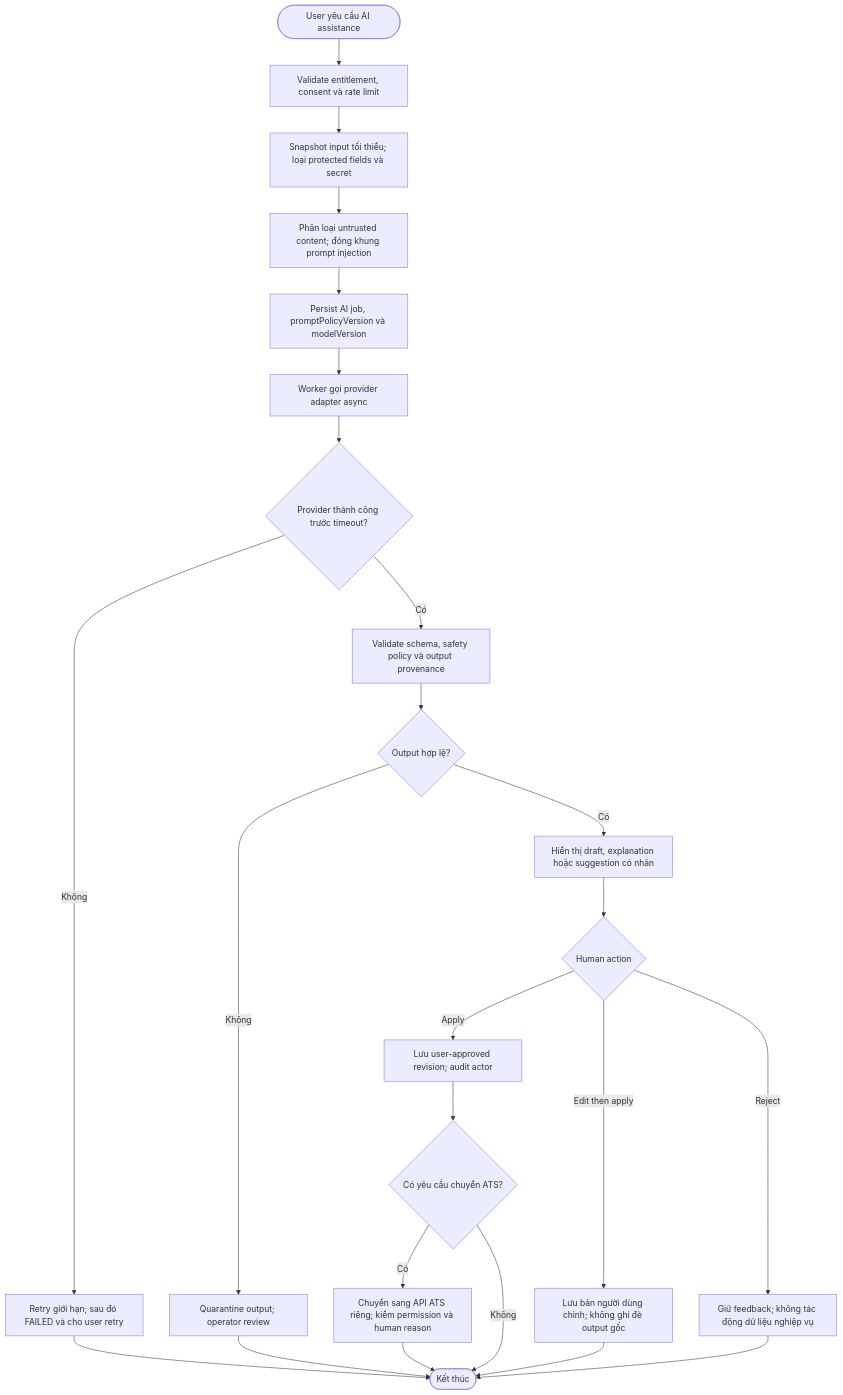
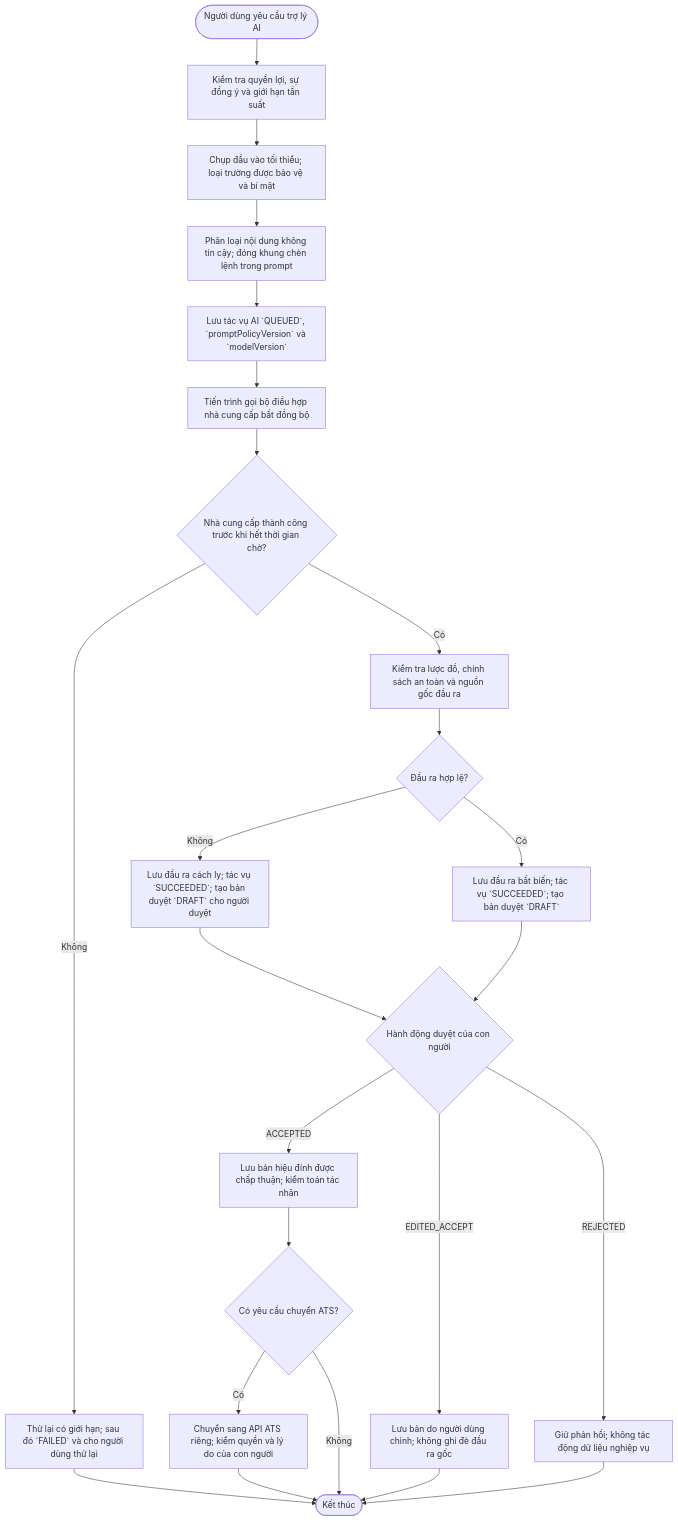
Diagram 19 of 47 in docs/BD/02_BIEU_DO_HE_THONG.md (daovanhung-dev/Study2Work), drawn with Mermaid before and after one commit. The commit also changed other lines of this file and 2295 other files, not shown here.

````diff
--- a/docs/BD/02_BIEU_DO_HE_THONG.md
+++ b/docs/BD/02_BIEU_DO_HE_THONG.md
@@ -775,26 +776,26 @@
 ```mermaid
 flowchart TD
-    A([User yêu cầu AI assistance]) --> B[Validate entitlement, consent và rate limit]
-    B --> C[Snapshot input tối thiểu; loại protected fields và secret]
-    C --> D[Phân loại untrusted content; đóng khung prompt injection]
-    D --> E[Persist AI job, promptPolicyVersion và modelVersion]
-    E --> F[Worker gọi provider adapter async]
-    F --> G{Provider thành công trước timeout?}
-    G -- Không --> H[Retry giới hạn; sau đó FAILED và cho user retry]
-    G -- Có --> I[Validate schema, safety policy và output provenance]
-    I --> J{Output hợp lệ?}
-    J -- Không --> K[Quarantine output; operator review]
-    J -- Có --> L[Hiển thị draft, explanation hoặc suggestion có nhãn]
-    L --> M{Human action}
-    M -- Apply --> N[Lưu user-approved revision; audit actor]
-    M -- Edit then apply --> O[Lưu bản người dùng chỉnh; không ghi đè output gốc]
-    M -- Reject --> P[Giữ feedback; không tác động dữ liệu nghiệp vụ]
+    A([Người dùng yêu cầu trợ lý AI]) --> B[Kiểm tra quyền lợi, sự đồng ý và giới hạn tần suất]
+    B --> C[Chụp đầu vào tối thiểu; loại trường được bảo vệ và bí mật]
+    C --> D[Phân loại nội dung không tin cậy; đóng khung chèn lệnh trong prompt]
+    D --> E[Lưu tác vụ AI `QUEUED`, `promptPolicyVersion` và `modelVersion`]
+    E --> F[Tiến trình gọi bộ điều hợp nhà cung cấp bất đồng bộ]
+    F --> G{Nhà cung cấp thành công trước khi hết thời gian chờ?}
+    G -- Không --> H[Thử lại có giới hạn; sau đó `FAILED` và cho người dùng thử lại]
+    G -- Có --> I[Kiểm tra lược đồ, chính sách an toàn và nguồn gốc đầu ra]
+    I --> J{Đầu ra hợp lệ?}
+    J -- Không --> K[Lưu đầu ra cách ly; tác vụ `SUCCEEDED`; tạo bản duyệt `DRAFT` cho người duyệt]
+    J -- Có --> L[Lưu đầu ra bất biến; tác vụ `SUCCEEDED`; tạo bản duyệt `DRAFT`]
+    L --> M{Hành động duyệt của con người}
+    M -- ACCEPTED --> N[Lưu bản hiệu đính được chấp thuận; kiểm toán tác nhân]
+    M -- EDITED_ACCEPT --> O[Lưu bản do người dùng chỉnh; không ghi đè đầu ra gốc]
+    M -- REJECTED --> P[Giữ phản hồi; không tác động dữ liệu nghiệp vụ]
     N --> Q{Có yêu cầu chuyển ATS?}
-    Q -- Có --> R[Chuyển sang API ATS riêng; kiểm permission và human reason]
+    Q -- Có --> R[Chuyển sang API ATS riêng; kiểm quyền và lý do của con người]
     Q -- Không --> S([Kết thúc])
     O --> S
     P --> S
     H --> S
-    K --> S
+    K --> M
     R --> S
 ```
````
